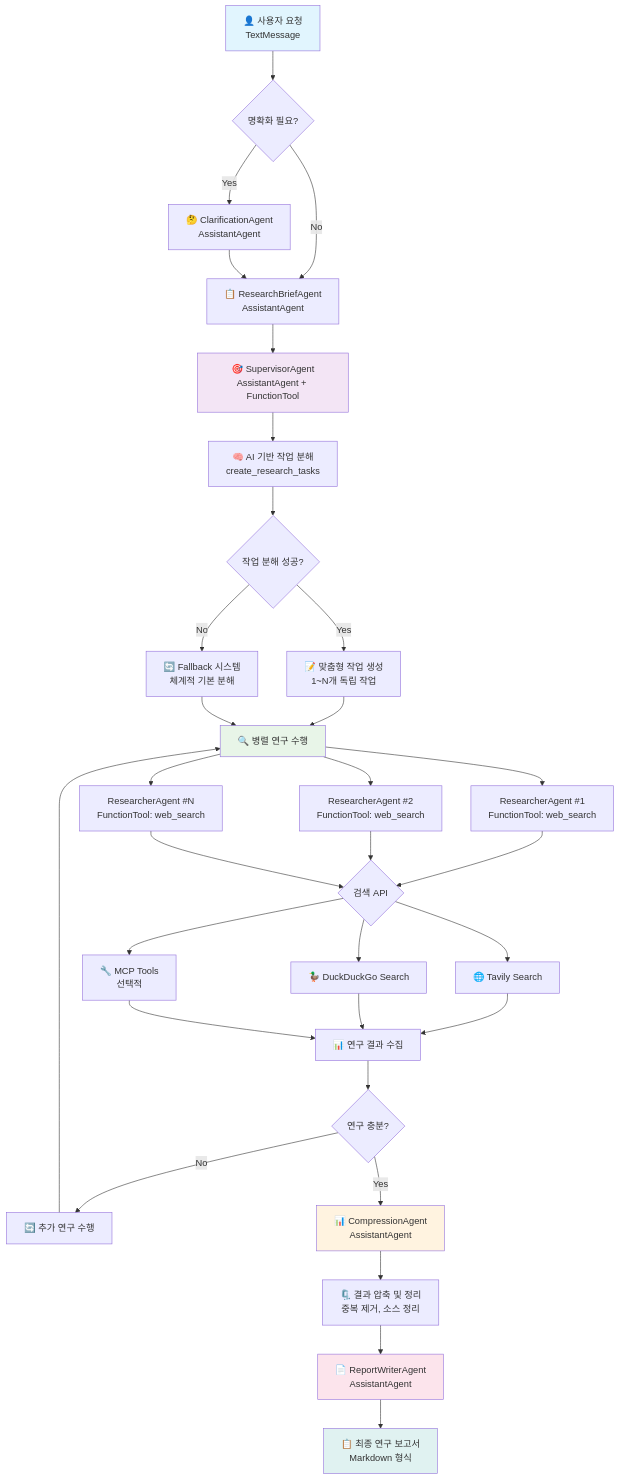
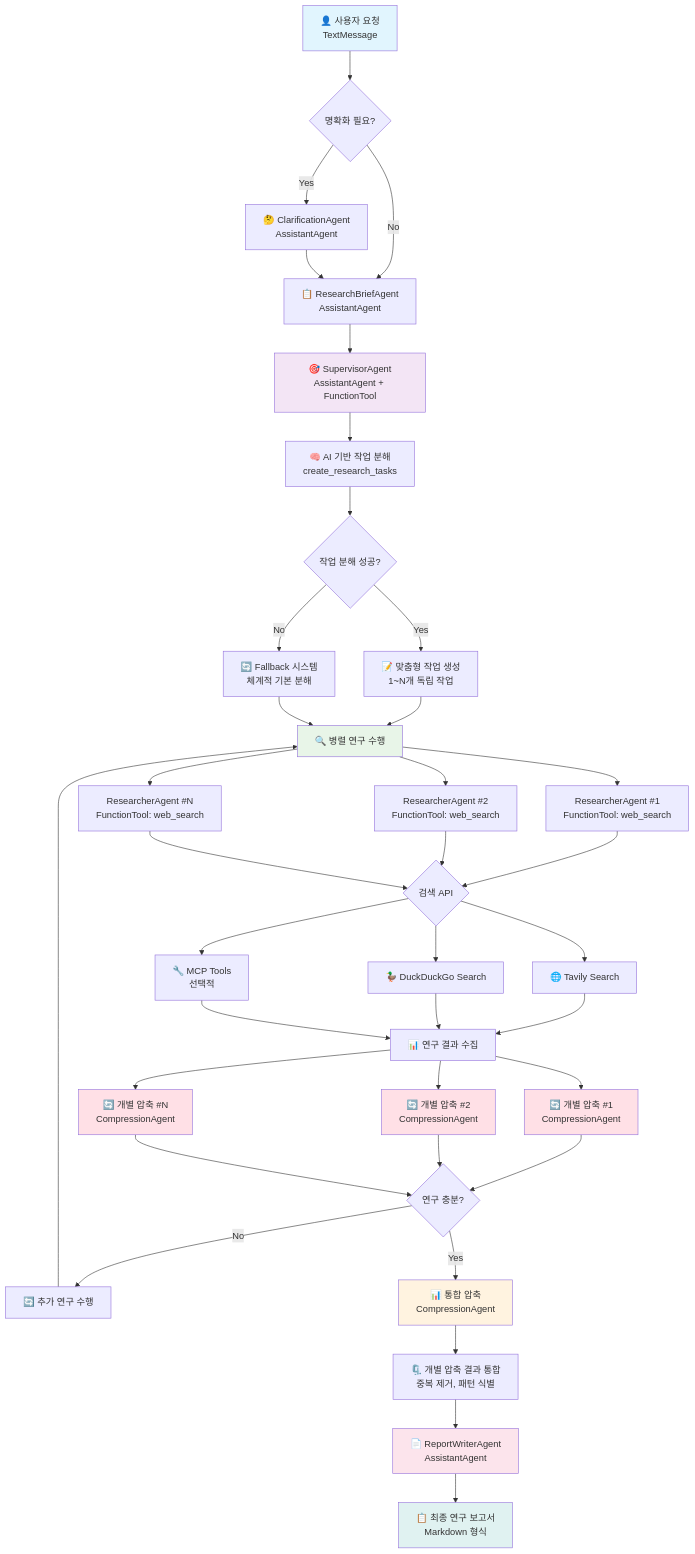
Before and after one commit to jh941213/autogen-research-team: the diagram in README.md, drawn with Mermaid. The commit also changed other lines of this file, not shown here.

First line of the commit message:
📚 Update README.md with individual compression system (v2.1)

````diff
--- a/README.md
+++ b/README.md
@@ -92,54 +94,64 @@
 ```mermaid
 graph TB
     A[👤 사용자 요청<br/>TextMessage] --> B{명확화 필요?}
     
     B -->|Yes| C[🤔 ClarificationAgent<br/>AssistantAgent]
     B -->|No| D[📋 ResearchBriefAgent<br/>AssistantAgent]
     C --> D
     
     D --> E[🎯 SupervisorAgent<br/>AssistantAgent + FunctionTool]
     
     E --> F[🧠 AI 기반 작업 분해<br/>create_research_tasks]
     F --> G{작업 분해 성공?}
     
     G -->|Yes| H[📝 맞춤형 작업 생성<br/>1~N개 독립 작업]
     G -->|No| I[🔄 Fallback 시스템<br/>체계적 기본 분해]
     
     H --> J[🔍 병렬 연구 수행]
     I --> J
     
     J --> K[ResearcherAgent #1<br/>FunctionTool: web_search]
     J --> L[ResearcherAgent #2<br/>FunctionTool: web_search]  
     J --> M[ResearcherAgent #N<br/>FunctionTool: web_search]
     
     K --> N{검색 API}
     L --> N
     M --> N
     
     N --> O[🌐 Tavily Search]
     N --> P[🦆 DuckDuckGo Search]
     N --> Q[🔧 MCP Tools<br/>선택적]
     
     O --> R[📊 연구 결과 수집]
     P --> R
     Q --> R
     
-    R --> S{연구 충분?}
+    R --> R1[🔄 개별 압축 #1<br/>CompressionAgent]
+    R --> R2[🔄 개별 압축 #2<br/>CompressionAgent]
+    R --> R3[🔄 개별 압축 #N<br/>CompressionAgent]
+    
+    R1 --> S{연구 충분?}
+    R2 --> S
+    R3 --> S
+    
     S -->|No| T[🔄 추가 연구 수행]
     T --> J
     
-    S -->|Yes| U[📊 CompressionAgent<br/>AssistantAgent]
+    S -->|Yes| U[📊 통합 압축<br/>CompressionAgent]
     
-    U --> V[🗜️ 결과 압축 및 정리<br/>중복 제거, 소스 정리]
+    U --> V[🗜️ 개별 압축 결과 통합<br/>중복 제거, 패턴 식별]
     
     V --> W[📄 ReportWriterAgent<br/>AssistantAgent]
     
     W --> X[📋 최종 연구 보고서<br/>Markdown 형식]
     
     style A fill:#e1f5fe
     style E fill:#f3e5f5
     style J fill:#e8f5e8
+    style R1 fill:#ffe0e6
+    style R2 fill:#ffe0e6
+    style R3 fill:#ffe0e6
     style U fill:#fff3e0
     style W fill:#fce4ec
     style X fill:#e0f2f1
 ```
````
